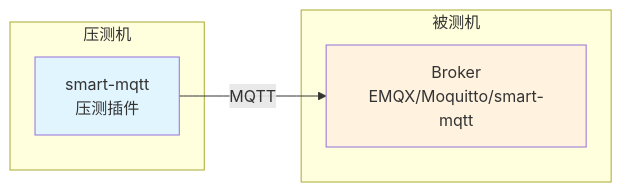
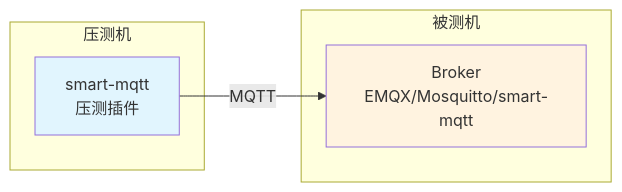
One commit to smartboot/smart-mqtt changed the second of 3 diagrams in pages/src/content/docs/plugins/bench-plugin.mdx. Above: the diagram before and after it, drawn with Mermaid. The commit also changed other lines of this file and 2 other files, not shown here.

````diff
--- a/pages/src/content/docs/plugins/bench-plugin.mdx
+++ b/pages/src/content/docs/plugins/bench-plugin.mdx
@@ -40,15 +41,15 @@
 ```mermaid
 graph LR
     subgraph 压测机
         A[smart-mqtt<br/>压测插件]
     end
     
     subgraph 被测机
-        B[Broker<br/>EMQX/Moquitto/smart-mqtt]
+        B[Broker<br/>EMQX/Mosquitto/smart-mqtt]
     end
     
     A -->|MQTT| B
     
     style A fill:#e1f5fe
     style B fill:#fff3e0
 ```
````
